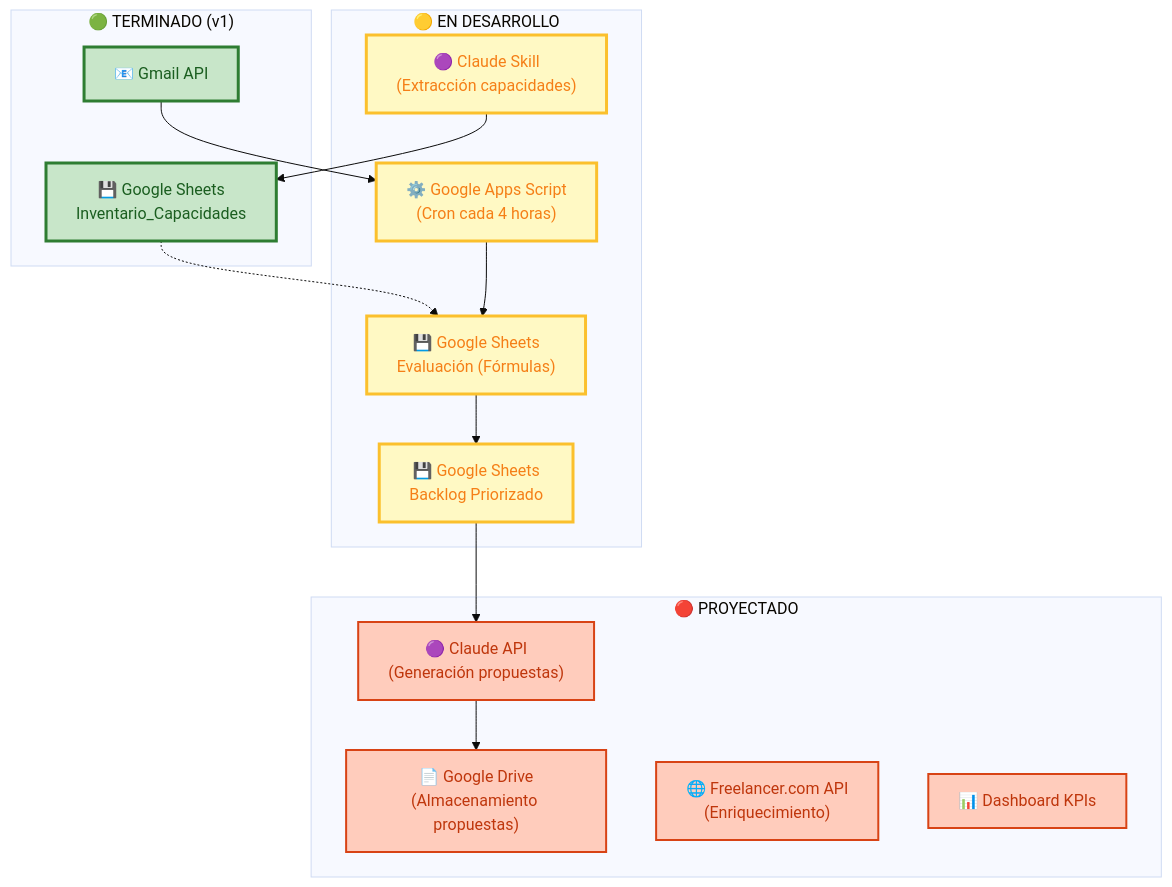
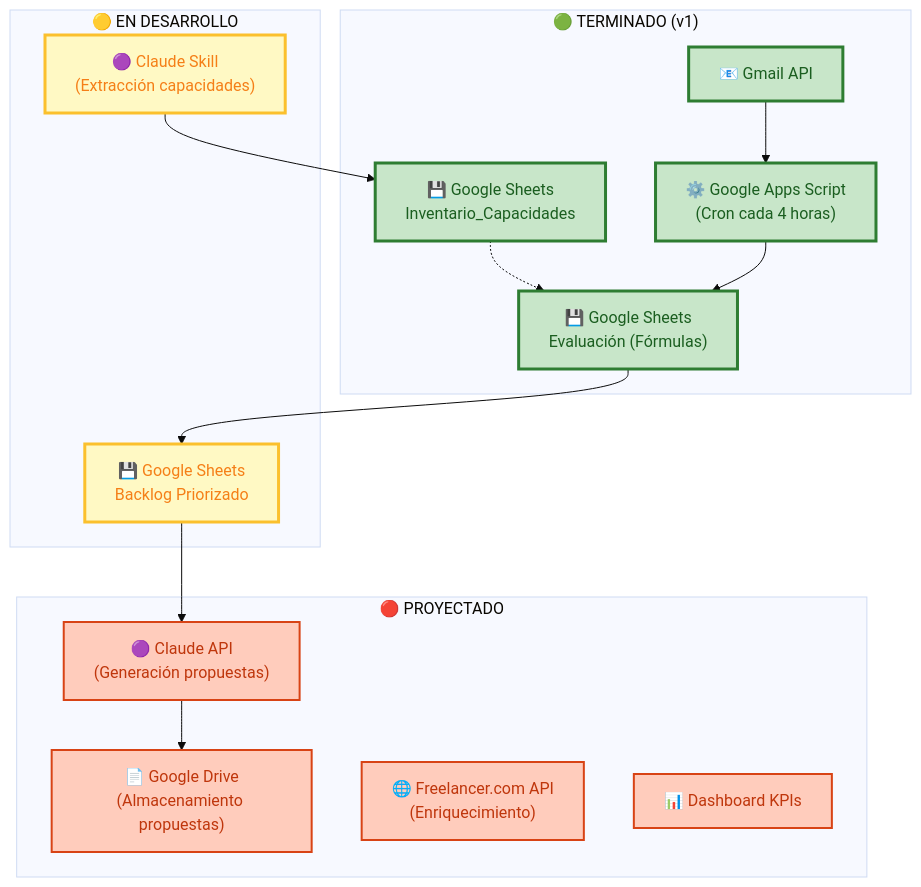
Before and after one commit to yadenispinero/Leads-auto: the second of 4 diagrams in docs/vistas/componentes_tecnologicos.md, drawn with Mermaid (base theme). The commit also changed other lines of this file, not shown here.

Commit message:
docs: Actualizar estados de componentes a Terminado (v1)
- ⚙️ Google Apps Script (Cron) cambio a 🟢 TERMINADO
- 💾 Google Sheets Evaluación (Fórmulas) cambio a 🟢 TERMINADO
- Flujo 2 "Procesamiento de Ofertas" cambio a 🟢 TERMINADO
- Matriz de Tecnologías actualizada con nuevos estados
- Gráfico de estados de implementación actualizado

````diff
--- a/docs/vistas/componentes_tecnologicos.md
+++ b/docs/vistas/componentes_tecnologicos.md
@@ -114,37 +114,37 @@
 ```mermaid
 graph TB
     subgraph "🟢 TERMINADO (v1)"
         T1["📧 Gmail API"]
         T2["💾 Google Sheets<br/>Inventario_Capacidades"]
+        T3["⚙️ Google Apps Script<br/>(Cron cada 4 horas)"]
+        T4["💾 Google Sheets<br/>Evaluación (Fórmulas)"]
     end
 
     subgraph "🟡 EN DESARROLLO"
-        D1["⚙️ Google Apps Script<br/>(Cron cada 4 horas)"]
-        D2["💾 Google Sheets<br/>Evaluación (Fórmulas)"]
-        D3["💾 Google Sheets<br/>Backlog Priorizado"]
-        D4["🟣 Claude Skill<br/>(Extracción capacidades)"]
+        D1["💾 Google Sheets<br/>Backlog Priorizado"]
+        D2["🟣 Claude Skill<br/>(Extracción capacidades)"]
     end
 
     subgraph "🔴 PROYECTADO"
         P1["🟣 Claude API<br/>(Generación propuestas)"]
         P2["📄 Google Drive<br/>(Almacenamiento propuestas)"]
         P3["🌐 Freelancer.com API<br/>(Enriquecimiento)"]
         P4["📊 Dashboard KPIs"]
     end
 
-    T1 --> D1
-    T2 -.-> D2
-    D1 --> D2
-    D2 --> D3
-    D4 --> T2
-    D3 --> P1
+    T1 --> T3
+    T2 -.-> T4
+    T3 --> T4
+    T4 --> D1
+    D2 --> T2
+    D1 --> P1
     P1 --> P2
 
     classDef terminado fill:#c8e6c9,stroke:#2e7d32,stroke-width:3px,color:#1b5e20
     classDef desarrollo fill:#fff9c4,stroke:#fbc02d,stroke-width:3px,color:#f57f17
     classDef proyectado fill:#ffccbc,stroke:#d84315,stroke-width:2px,color:#bf360c
 
-    class T1,T2 terminado
-    class D1,D2,D3,D4 desarrollo
+    class T1,T2,T3,T4 terminado
+    class D1,D2 desarrollo
     class P1,P2,P3,P4 proyectado
 ```
````
